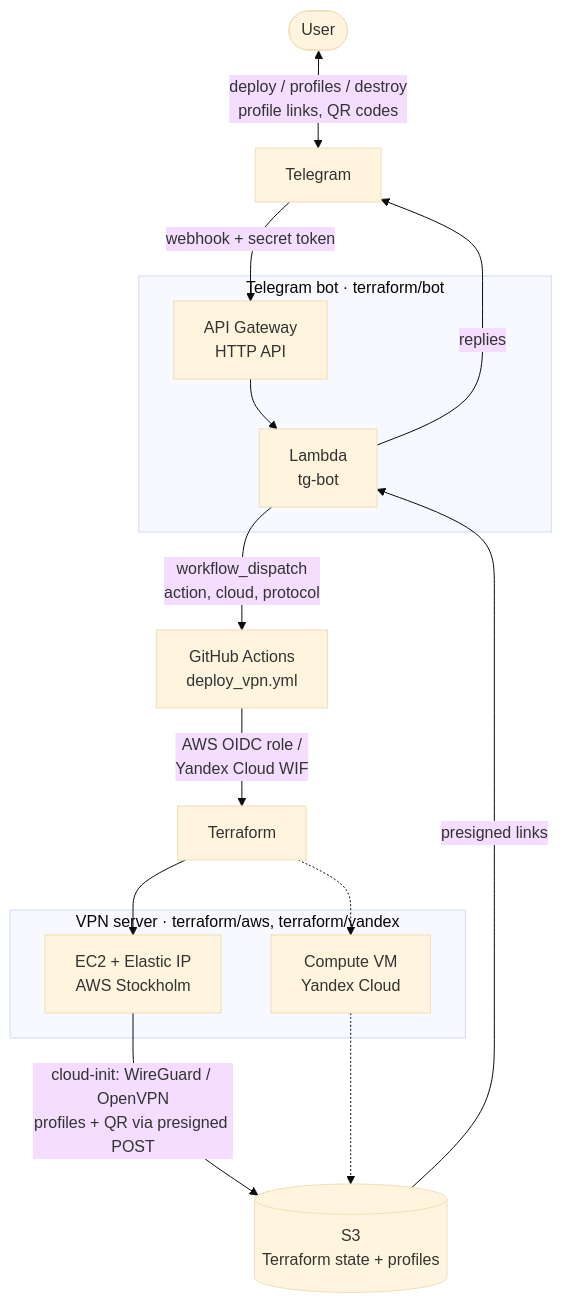
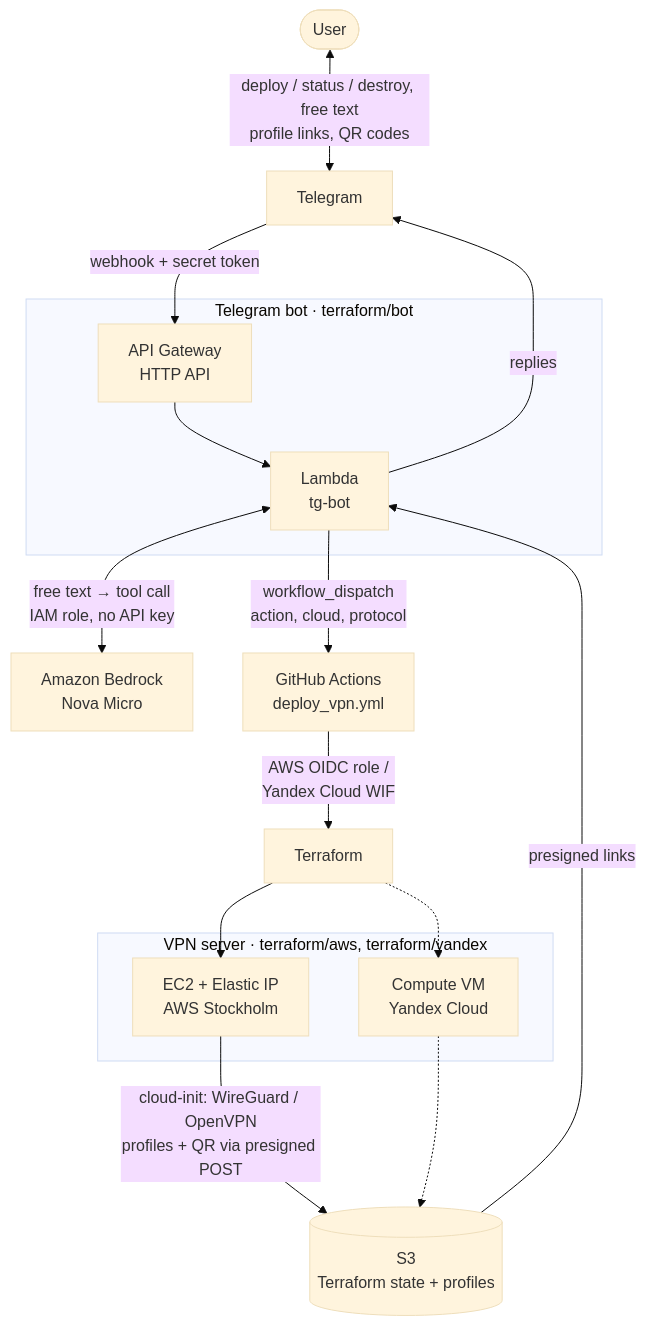
The diagram in README.md (eosklv/Telegram-VPN), drawn with Mermaid (base theme) before and after one commit. The commit also changed other lines of this file and 6 other files, not shown here.

First line of the commit message:
AI assistant: free text through Amazon Bedrock, buttons

````diff
--- a/README.md
+++ b/README.md
@@ -47,24 +69,25 @@
 ```mermaid
 flowchart TD
-    user(["User"]) <-->|"deploy / profiles / destroy<br/>profile links, QR codes"| tg["Telegram"]
+    user(["User"]) <-->|"deploy / status / destroy, free text<br/>profile links, QR codes"| tg["Telegram"]
     tg -->|"webhook + secret token"| api
 
     subgraph bot_stack["Telegram bot · terraform/bot"]
         api["API Gateway<br/>HTTP API"] --> bot["Lambda<br/>tg-bot"]
     end
 
+    bot <-->|"free text → tool call<br/>IAM role, no API key"| llm["Amazon Bedrock<br/>Nova Micro"]
     bot -->|"workflow_dispatch<br/>action, cloud, protocol"| gha["GitHub Actions<br/>deploy_vpn.yml"]
     gha -->|"AWS OIDC role /<br/>Yandex Cloud WIF"| tf["Terraform"]
 
     subgraph servers["VPN server · terraform/aws, terraform/yandex"]
         ec2["EC2 + Elastic IP<br/>AWS Stockholm"]
         ycvm["Compute VM<br/>Yandex Cloud"]
     end
 
     tf --> ec2
     tf -.-> ycvm
     ec2 -->|"cloud-init: WireGuard / OpenVPN<br/>profiles + QR via presigned POST"| s3[("S3<br/>Terraform state + profiles")]
     ycvm -.-> s3
     s3 -->|"presigned links"| bot
     bot -->|"replies"| tg
 ```
````
